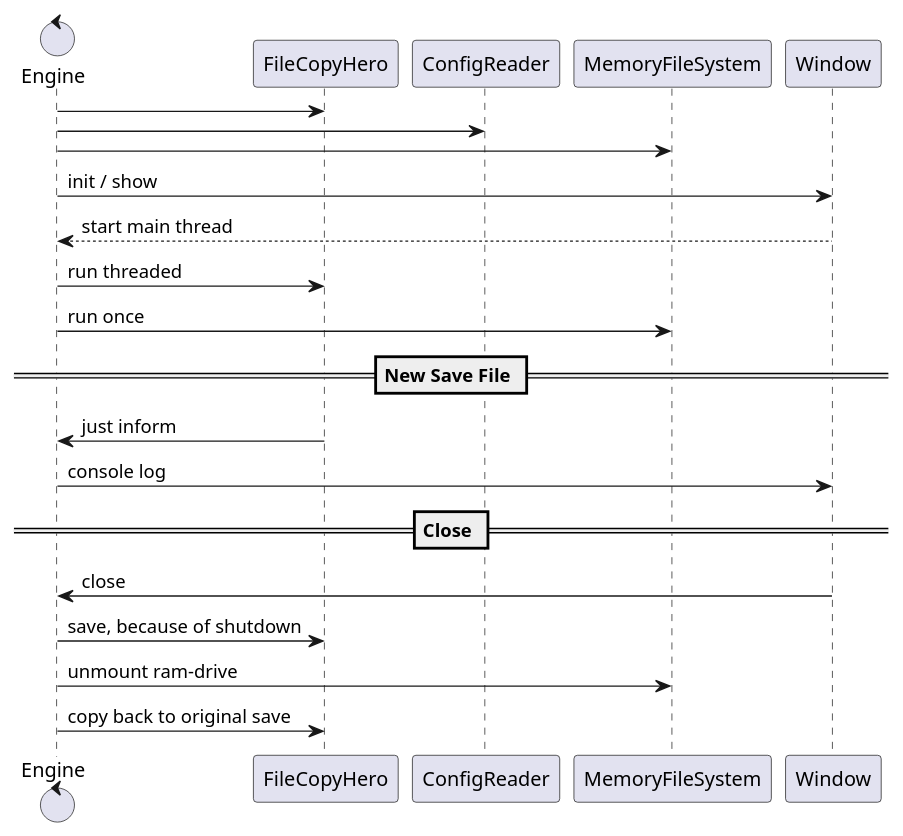
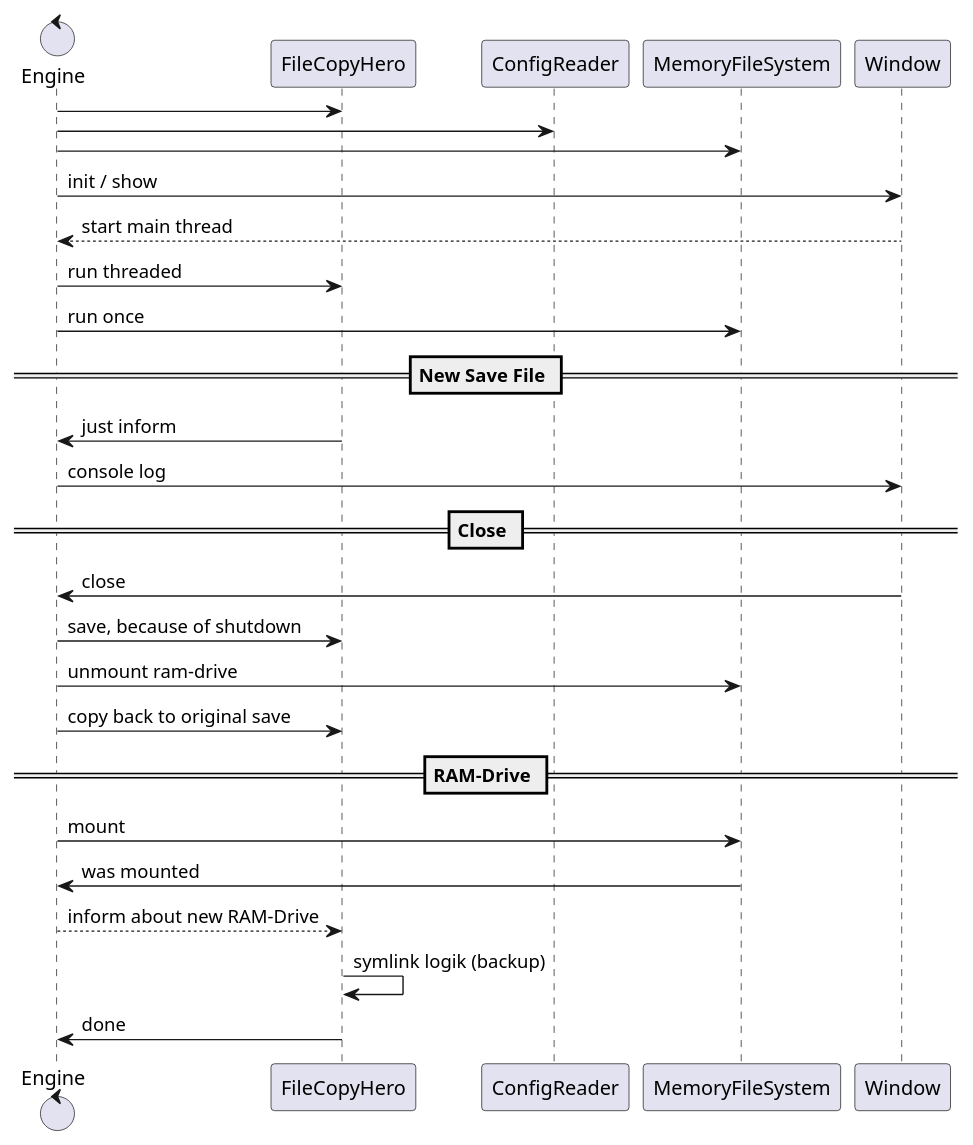
Before and after one commit to b1rdyger/DSP_SaveGameManager: the diagram in docs/seq.plantuml, drawn with PlantUML. The commit also changed 13 other files, not shown here.

```diff
--- a/docs/seq.plantuml
+++ b/docs/seq.plantuml
@@ -1,25 +1,33 @@
 @startuml
 control Engine
 Engine -> FileCopyHero
 
 Engine -> ConfigReader
 Engine -> MemoryFileSystem
 Engine -> Window: init / show
 Window --> Engine: start main thread
 
 Engine -> FileCopyHero: run threaded
 Engine -> MemoryFileSystem: run once
 
 == New Save File ==
 
 FileCopyHero -> Engine: just inform
 Engine -> Window: console log
 
 == Close ==
 
 Window -> Engine: close
 Engine -> FileCopyHero: save, because of shutdown
 Engine -> MemoryFileSystem: unmount ram-drive
 Engine -> FileCopyHero: copy back to original save
 
+== RAM-Drive ==
+
+Engine -> MemoryFileSystem: mount
+MemoryFileSystem -> Engine: was mounted
+Engine --> FileCopyHero: inform about new RAM-Drive
+FileCopyHero -> FileCopyHero: symlink logik (backup)
+FileCopyHero -> Engine: done
+
 @enduml
```
